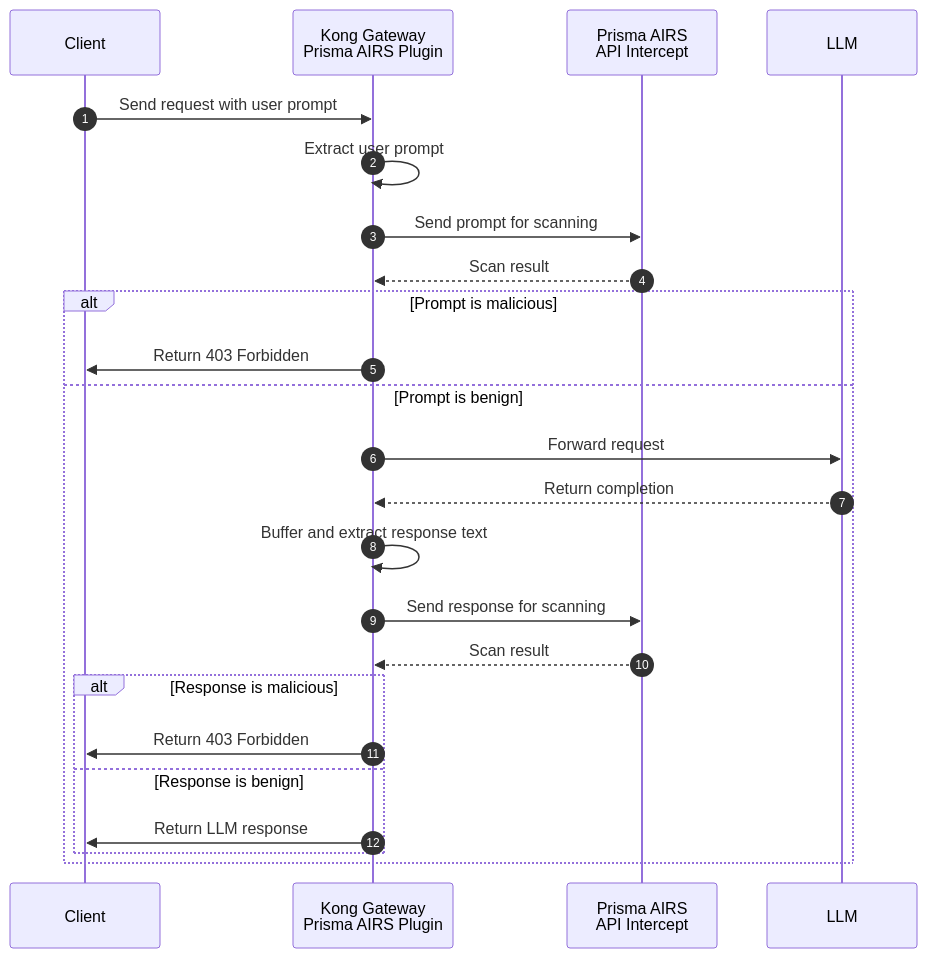
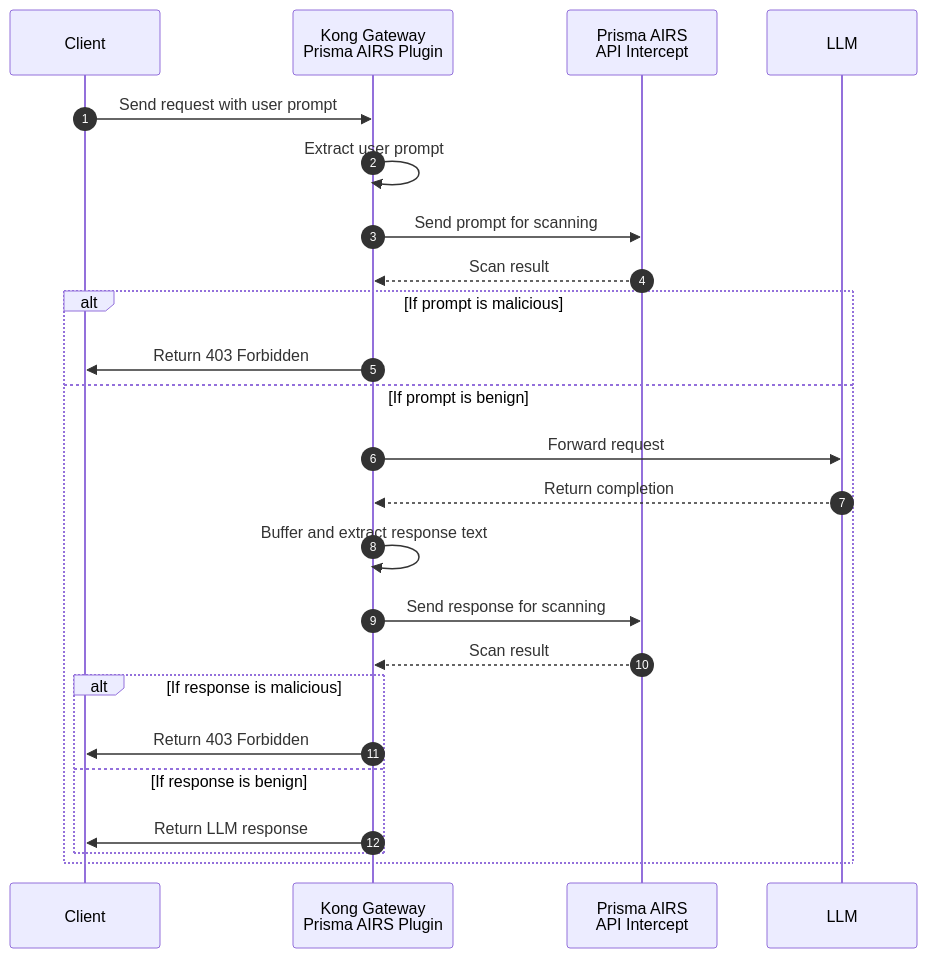
One commit to Kong/developer.konghq.com changed the diagram in app/_kong_plugins/prisma-airs-intercept/index.md. Above: the diagram before and after it, drawn with Mermaid. The commit also changed 10 other files, not shown here.

Commit message:
add 'if' to alt/opt in mermaid diagrams

```diff
--- a/app/_kong_plugins/prisma-airs-intercept/index.md
+++ b/app/_kong_plugins/prisma-airs-intercept/index.md
@@ -100,29 +100,29 @@
 {% mermaid %}
 sequenceDiagram
 autonumber
     participant Client
     participant Plugin as Kong Gateway<br/>Prisma AIRS Plugin
     participant Prisma as Prisma AIRS<br/>API Intercept
     participant LLM
 
     Client->>Plugin: Send request with user prompt
     Plugin->>Plugin: Extract user prompt
     Plugin->>Prisma: Send prompt for scanning
     Prisma-->>Plugin: Scan result
     
-    alt Prompt is malicious
+    alt If prompt is malicious
         Plugin->>Client: Return 403 Forbidden
-    else Prompt is benign
+    else If prompt is benign
         Plugin->>LLM: Forward request
         LLM-->>Plugin: Return completion
         Plugin->>Plugin: Buffer and extract response text
         Plugin->>Prisma: Send response for scanning
         Prisma-->>Plugin: Scan result
         
-        alt Response is malicious
+        alt If response is malicious
             Plugin->>Client: Return 403 Forbidden
-        else Response is benign
+        else If response is benign
             Plugin->>Client: Return LLM response
         end
     end
 {% endmermaid %}
```
